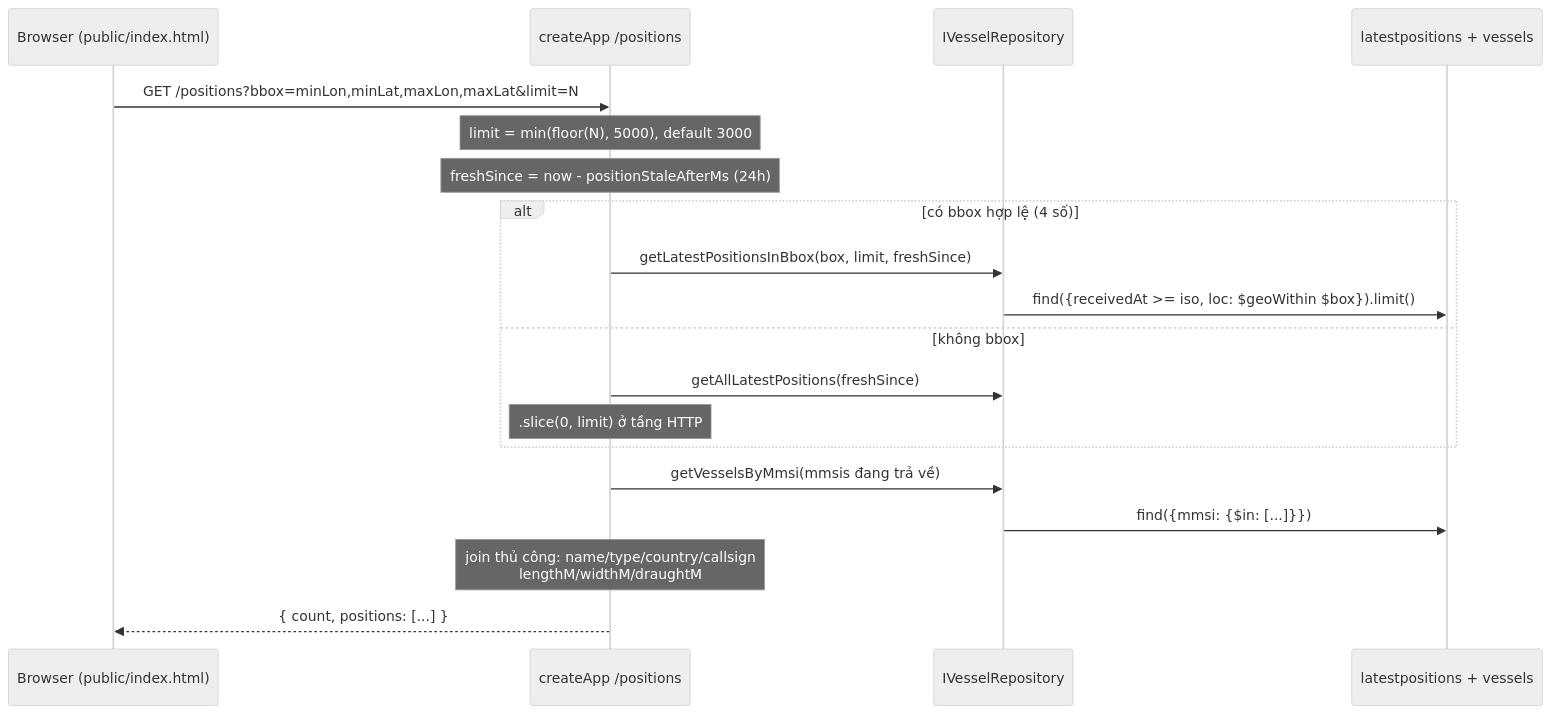
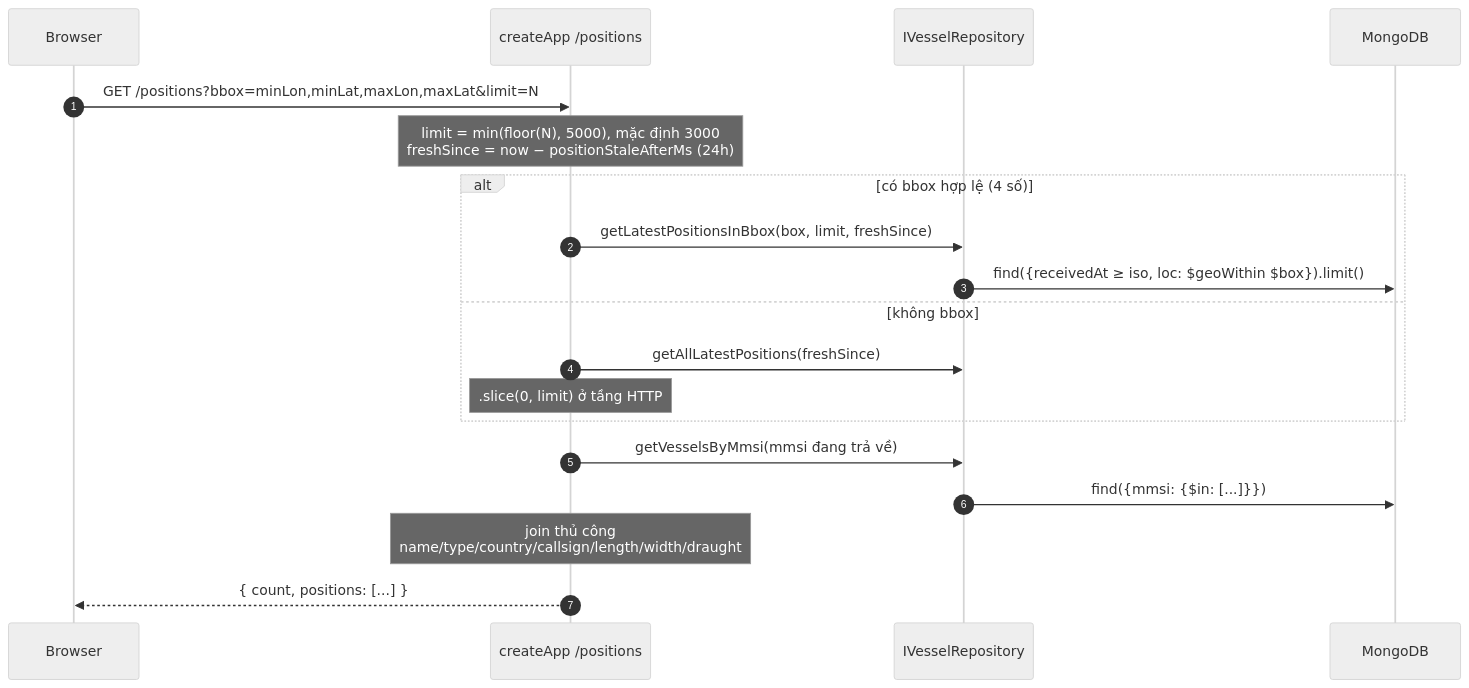
One commit to vgduchieu0602/soosky-bot-marine changed the sixth of 14 diagrams in docs/CURRENT_DATA_FLOW.md. Above: the diagram before and after it, drawn with Mermaid (neutral theme). The commit also changed other lines of this file and 3 other files, not shown here.

````diff
--- a/docs/CURRENT_DATA_FLOW.md
+++ b/docs/CURRENT_DATA_FLOW.md
@@ -98,22 +183,22 @@
 ```mermaid
 sequenceDiagram
-  participant B as Browser (public/index.html)
+  autonumber
+  participant B as Browser
   participant A as createApp /positions
   participant R as IVesselRepository
-  participant DB as latestpositions + vessels
+  participant DB as MongoDB
 
   B->>A: GET /positions?bbox=minLon,minLat,maxLon,maxLat&limit=N
-  Note over A: limit = min(floor(N), 5000), default 3000
-  Note over A: freshSince = now - positionStaleAfterMs (24h)
+  Note over A: limit = min(floor(N), 5000), mặc định 3000<br/>freshSince = now − positionStaleAfterMs (24h)
   alt có bbox hợp lệ (4 số)
     A->>R: getLatestPositionsInBbox(box, limit, freshSince)
-    R->>DB: find({receivedAt >= iso, loc: $geoWithin $box}).limit()
+    R->>DB: find({receivedAt ≥ iso, loc: $geoWithin $box}).limit()
   else không bbox
     A->>R: getAllLatestPositions(freshSince)
     Note over A: .slice(0, limit) ở tầng HTTP
   end
-  A->>R: getVesselsByMmsi(mmsis đang trả về)
+  A->>R: getVesselsByMmsi(mmsi đang trả về)
   R->>DB: find({mmsi: {$in: [...]}})
-  Note over A: join thủ công: name/type/country/callsign<br/>lengthM/widthM/draughtM
+  Note over A: join thủ công<br/>name/type/country/callsign/length/width/draught
   A-->>B: { count, positions: [...] }
 ```
````
